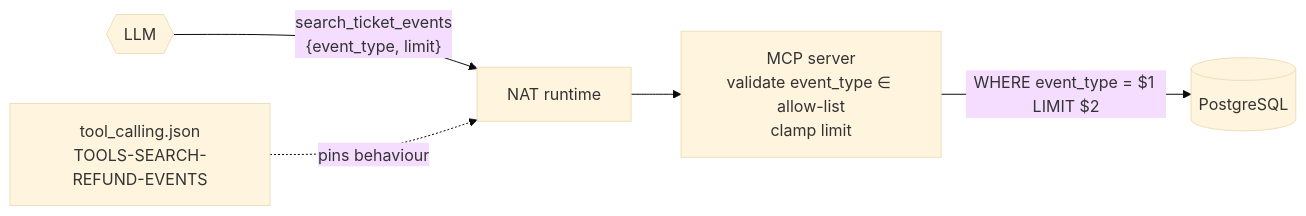
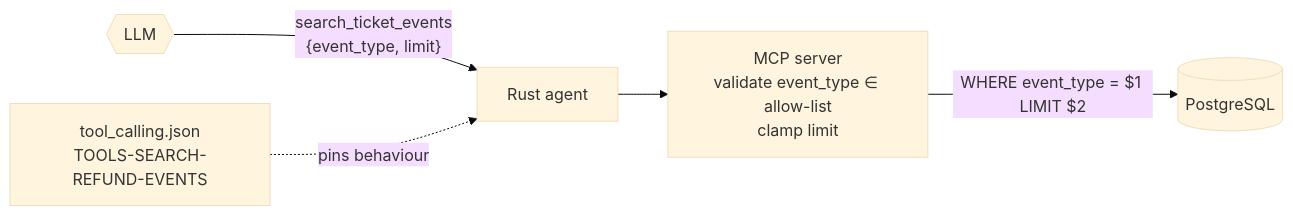
Before and after one commit to cognokratos/simple-agent-template: the diagram in docs/tutorials/03-add-an-mcp-tool.md, drawn with Mermaid (base theme). The commit also changed other lines of this file and 150 other files, not shown here.

First line of the commit message:
Promote the Rig + Rust agent to main and rewrite the curriculum around it (#12)

````diff
--- a/docs/tutorials/03-add-an-mcp-tool.md
+++ b/docs/tutorials/03-add-an-mcp-tool.md
@@ -232,7 +242,7 @@
 ```mermaid
 flowchart LR
-    LLM{{LLM}} -->|"search_ticket_events<br/>{event_type, limit}"| RT[NAT runtime]
+    LLM{{LLM}} -->|"search_ticket_events<br/>{event_type, limit}"| RT[Rust agent]
     RT --> MCP["MCP server<br/>validate event_type ∈ allow-list<br/>clamp limit"]
     MCP -->|"WHERE event_type = $1 LIMIT $2"| DB[(PostgreSQL)]
     EV["tool_calling.json<br/>TOOLS-SEARCH-REFUND-EVENTS"] -.->|pins behaviour| RT
 ```
````
